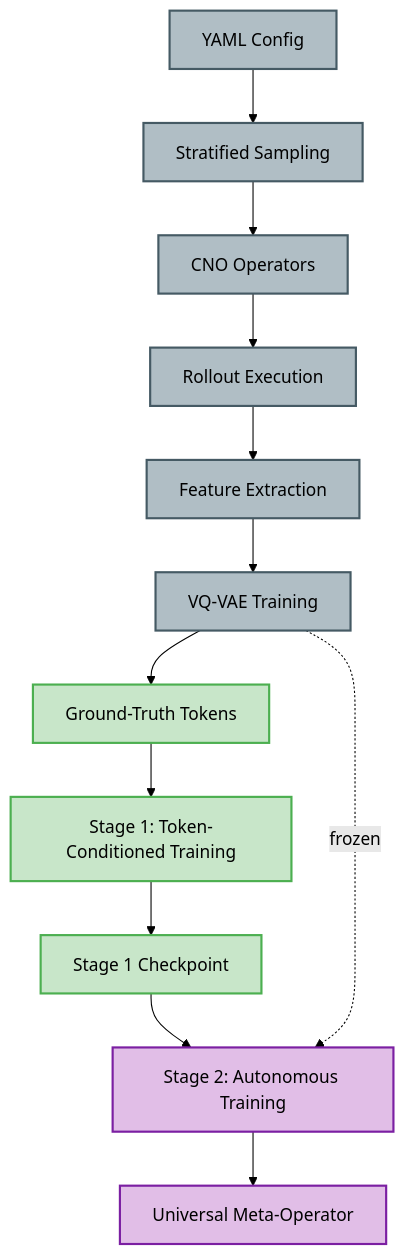
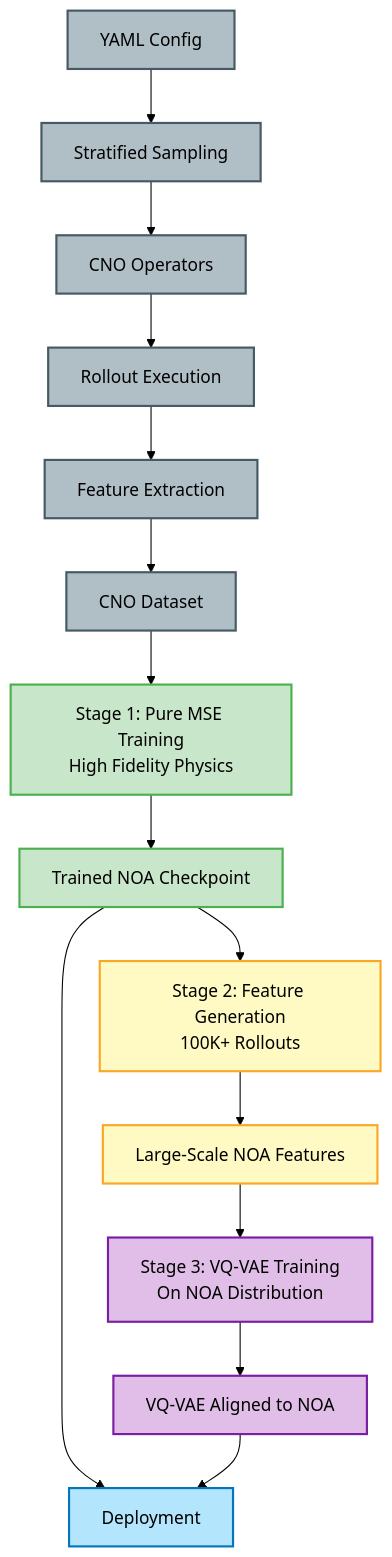
One commit to dgabriele/spinlock changed the first of 2 diagrams in docs/architecture.md. Above: the diagram before and after it, drawn with Mermaid (forest theme). The commit also changed other lines of this file and 20 other files, not shown here.

````diff
--- a/docs/architecture.md
+++ b/docs/architecture.md
@@ -9,24 +9,32 @@
 ```mermaid
 flowchart TB
     Config[YAML Config] --> Sampling[Stratified Sampling]
     Sampling --> CNOs[CNO Operators]
     CNOs --> Rollouts[Rollout Execution]
     Rollouts --> Extract[Feature Extraction]
-    Extract --> VQVAE[VQ-VAE Training]
+    Extract --> CNOData[CNO Dataset]
 
-    VQVAE --> GTTokens[Ground-Truth Tokens]
-    GTTokens --> Stage1[Stage 1: Token-Conditioned Training]
-    Stage1 --> Checkpoint[Stage 1 Checkpoint]
+    CNOData --> Stage1[Stage 1: Pure MSE Training<br/>High Fidelity Physics]
+    Stage1 --> NOACheckpoint[Trained NOA Checkpoint]
 
-    Checkpoint --> Stage2[Stage 2: Autonomous Training]
-    VQVAE -.->|frozen| Stage2
-    Stage2 --> Final[Universal Meta-Operator]
+    NOACheckpoint --> Stage2[Stage 2: Feature Generation<br/>100K+ Rollouts]
+    Stage2 --> NOAFeatures[Large-Scale NOA Features]
 
-    classDef phase1 fill:#b0bec5,stroke:#455a64,stroke-width:2px,color:#000
-    classDef phase2stage1 fill:#c8e6c9,stroke:#4caf50,stroke-width:2px,color:#000
-    classDef phase2stage2 fill:#e1bee7,stroke:#7b1fa2,stroke-width:2px,color:#000
+    NOAFeatures --> Stage3[Stage 3: VQ-VAE Training<br/>On NOA Distribution]
+    Stage3 --> VQVAEModel[VQ-VAE Aligned to NOA]
 
-    class Config,Sampling,CNOs,Rollouts,Extract,VQVAE phase1
-    class GTTokens,Stage1,Checkpoint phase2stage1
-    class Stage2,Final phase2stage2
+    NOACheckpoint --> Final[Deployment]
+    VQVAEModel --> Final
+
+    classDef phase0 fill:#b0bec5,stroke:#455a64,stroke-width:2px,color:#000
+    classDef stage1 fill:#c8e6c9,stroke:#4caf50,stroke-width:2px,color:#000
+    classDef stage2 fill:#fff9c4,stroke:#f9a825,stroke-width:2px,color:#000
+    classDef stage3 fill:#e1bee7,stroke:#7b1fa2,stroke-width:2px,color:#000
+    classDef deployment fill:#b3e5fc,stroke:#0277bd,stroke-width:2px,color:#000
+
+    class Config,Sampling,CNOs,Rollouts,Extract,CNOData phase0
+    class Stage1,NOACheckpoint stage1
+    class Stage2,NOAFeatures stage2
+    class Stage3,VQVAEModel stage3
+    class Final deployment
 ```
````
